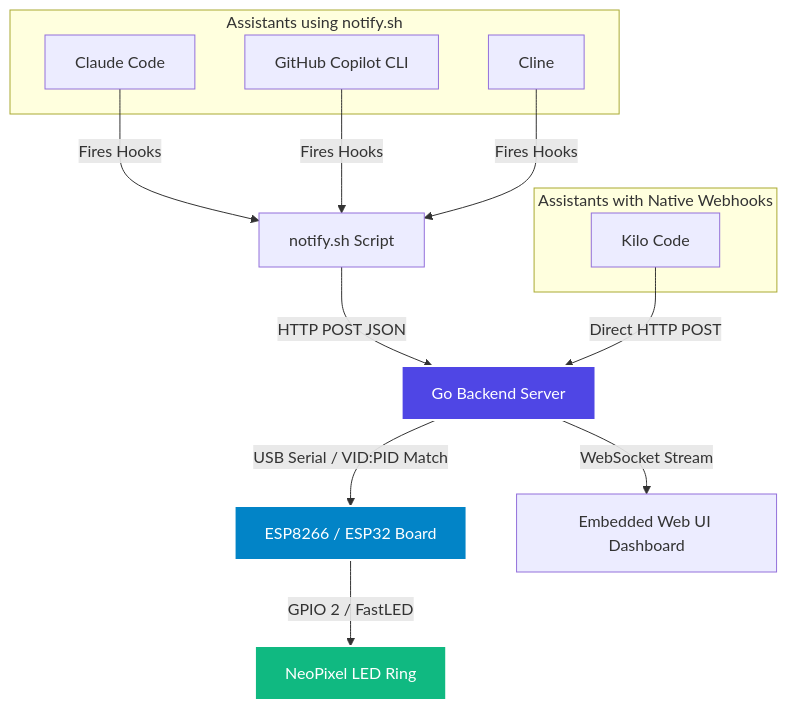
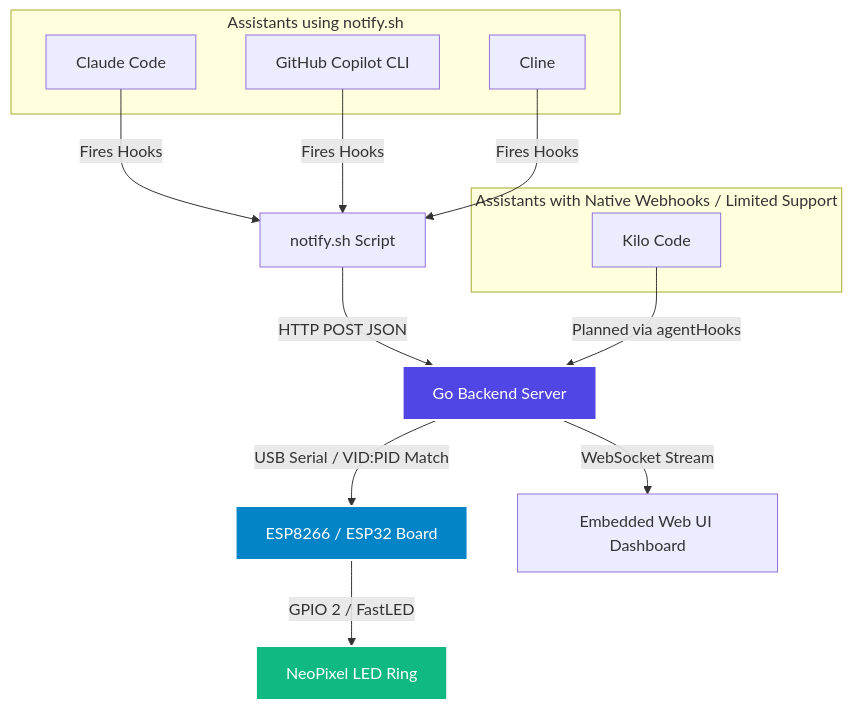
One commit to nmaiti/Geeky-AI-Progress changed the diagram in README.md. Above: the diagram before and after it, drawn with Mermaid. The commit also changed other lines of this file and 6 other files, not shown here.

````diff
--- a/README.md
+++ b/README.md
@@ -10,26 +10,26 @@
 ```mermaid
 graph TD
     subgraph HookClients ["Assistants using notify.sh"]
         CC[Claude Code]
         CP[GitHub Copilot CLI]
         CL[Cline]
     end
 
-    subgraph NativeClient ["Assistants with Native Webhooks"]
+    subgraph NativeClient ["Assistants with Native Webhooks / Limited Support"]
         KC[Kilo Code]
     end
 
     CC & CP & CL -->|Fires Hooks| NS[notify.sh Script]
     NS -->|HTTP POST JSON| GS[Go Backend Server]
     
-    KC -->|Direct HTTP POST| GS
+    KC -->|Planned via agentHooks| GS
 
     GS -->|USB Serial / VID:PID Match| HW[ESP8266 / ESP32 Board]
     HW -->|GPIO 2 / FastLED| LED[NeoPixel LED Ring]
     
     GS -->|WebSocket Stream| UI[Embedded Web UI Dashboard]
 
     style GS fill:#4f46e5,stroke:#fff,stroke-width:2px,color:#fff
     style HW fill:#0284c7,stroke:#fff,stroke-width:2px,color:#fff
     style LED fill:#10b981,stroke:#fff,stroke-width:2px,color:#fff
 ```
````
